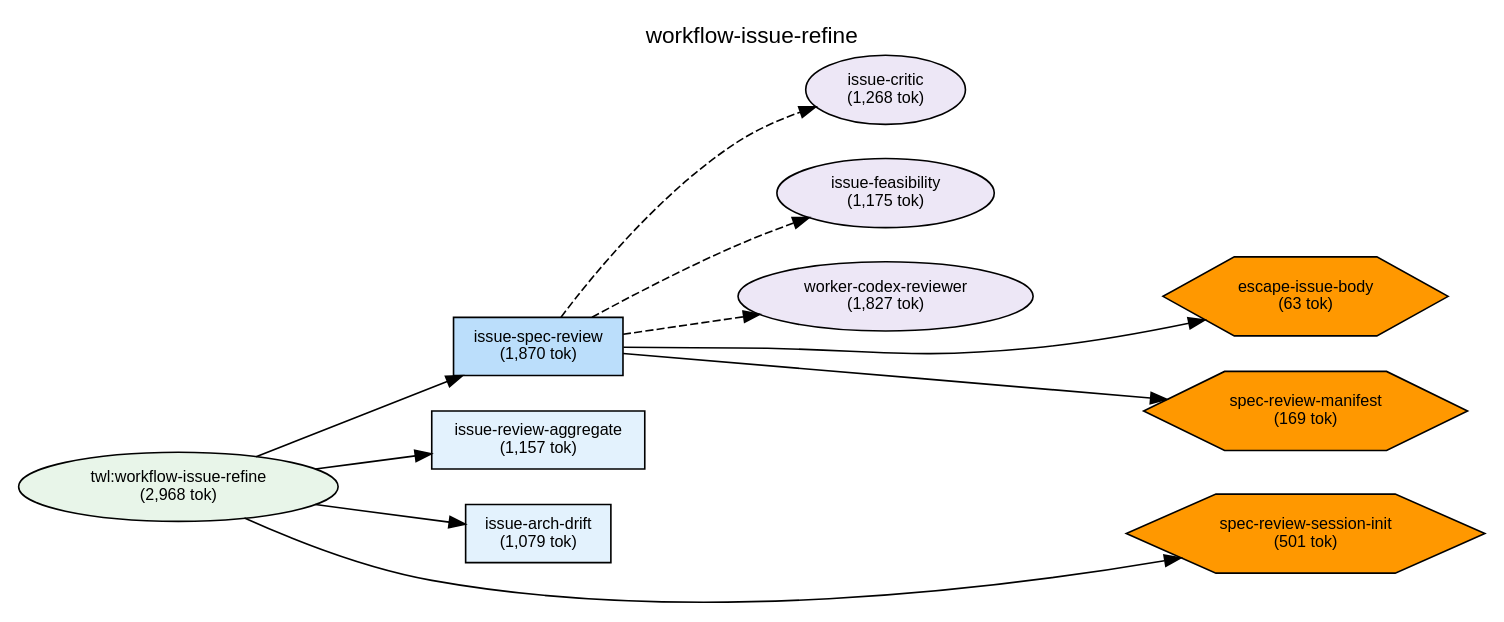
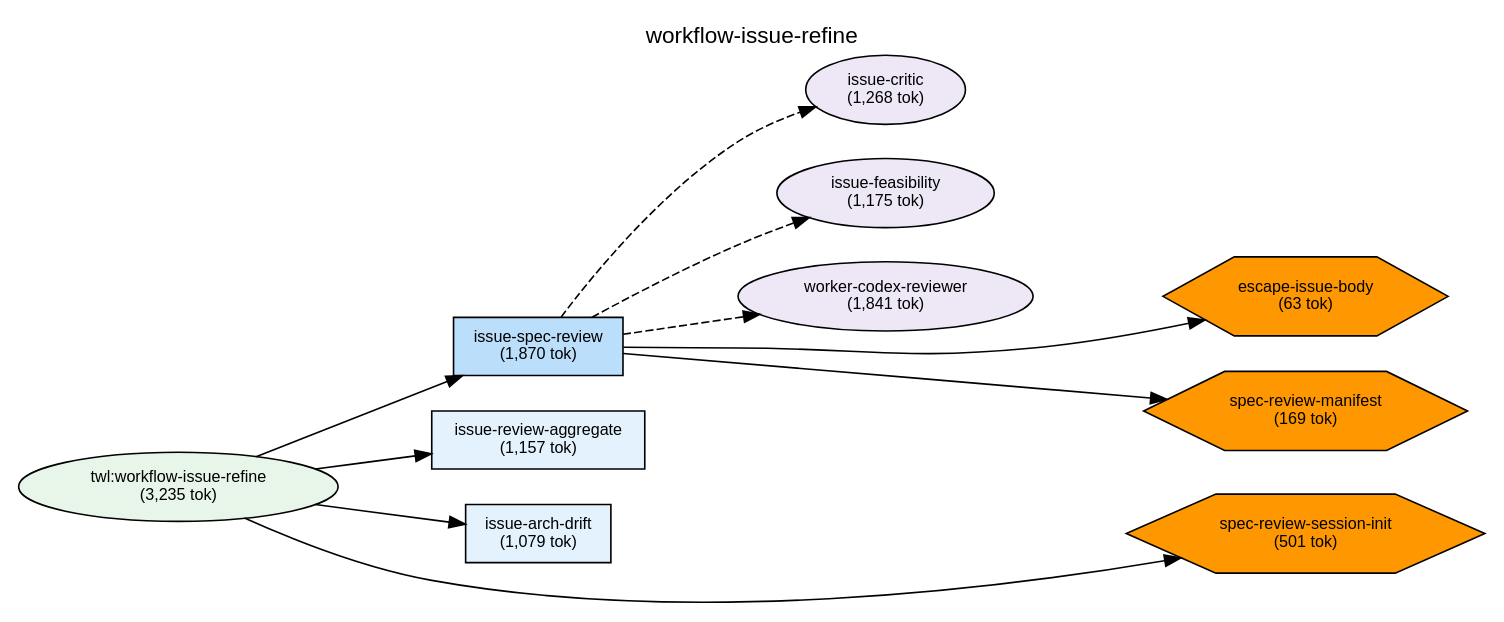
Before and after one commit to shuu5/twill: the diagram in plugins/twl/docs/deps-workflow-issue-refine.dot, drawn with Graphviz. The commit also changed 31 other files, not shown here.

First line of the commit message:
feat(#983): co-issue SKILL.md split — 5 refs 外出し + deps.yaml 更新

```diff
--- a/plugins/twl/docs/deps-workflow-issue-refine.dot
+++ b/plugins/twl/docs/deps-workflow-issue-refine.dot
@@ -1,69 +1,69 @@
 digraph Dependencies {
     // Graph settings
     rankdir=LR;
     ranksep=0.8;
     nodesep=0.3;
     fontname="Helvetica";
     node [fontname="Helvetica", fontsize=10];
     edge [fontname="Helvetica", fontsize=9];
     label="workflow-issue-refine";
     labelloc=t;
     fontsize=14;
 
     // L0: Controller Skills
 
     // L0: Launchers
 
     // L0.5: Workflow Skills
-    skill_workflow_issue_refine [label="twl:workflow-issue-refine\n(2,968 tok)", shape=ellipse, style=filled, fillcolor="#e8f5e9"];
+    skill_workflow_issue_refine [label="twl:workflow-issue-refine\n(3,235 tok)", shape=ellipse, style=filled, fillcolor="#e8f5e9"];
 
     // Reference Skills
 
     // L1: Direct Commands
     cmd_issue_spec_review [label="issue-spec-review\n(1,870 tok)", shape=box, style=filled, fillcolor="#bbdefb"];
     cmd_issue_review_aggregate [label="issue-review-aggregate\n(1,157 tok)", shape=box, style=filled, fillcolor="#e3f2fd"];
     cmd_issue_arch_drift [label="issue-arch-drift\n(1,079 tok)", shape=box, style=filled, fillcolor="#e3f2fd"];
 
     // L2: Sub Commands
 
     // L3: Agents
     agent_issue_critic [label="issue-critic\n(1,268 tok)", shape=ellipse, style=filled, fillcolor="#ede7f6"];
     agent_issue_feasibility [label="issue-feasibility\n(1,175 tok)", shape=ellipse, style=filled, fillcolor="#ede7f6"];
-    agent_worker_codex_reviewer [label="worker-codex-reviewer\n(1,827 tok)", shape=ellipse, style=filled, fillcolor="#ede7f6"];
+    agent_worker_codex_reviewer [label="worker-codex-reviewer\n(1,841 tok)", shape=ellipse, style=filled, fillcolor="#ede7f6"];
 
     // L3.5: Scripts
     script_escape_issue_body [label="escape-issue-body\n(63 tok)", shape=hexagon, style=filled, fillcolor="#FF9800"];
     script_spec_review_manifest [label="spec-review-manifest\n(169 tok)", shape=hexagon, style=filled, fillcolor="#FF9800"];
     script_spec_review_session_init [label="spec-review-session-init\n(501 tok)", shape=hexagon, style=filled, fillcolor="#FF9800"];
 
     // L4: External
 
     // Layer constraints
     { rank=same; skill_workflow_issue_refine; }
     { rank=same; cmd_issue_spec_review; cmd_issue_review_aggregate; cmd_issue_arch_drift; }
     { rank=same; agent_issue_critic; agent_issue_feasibility; agent_worker_codex_reviewer; }
     { rank=same; script_escape_issue_body; script_spec_review_manifest; script_spec_review_session_init; }
 
     // Edges
     skill_workflow_issue_refine -> cmd_issue_spec_review;
     skill_workflow_issue_refine -> cmd_issue_review_aggregate;
     skill_workflow_issue_refine -> cmd_issue_arch_drift;
     skill_workflow_issue_refine -> script_spec_review_session_init;
     cmd_issue_spec_review -> agent_issue_critic [style=dashed];
     cmd_issue_spec_review -> agent_issue_feasibility [style=dashed];
     cmd_issue_spec_review -> agent_worker_codex_reviewer [style=dashed];
     cmd_issue_spec_review -> script_escape_issue_body;
     cmd_issue_spec_review -> script_spec_review_manifest;
 
     // Ordering constraints (invisible edges)
     cmd_issue_spec_review -> cmd_issue_review_aggregate [style=invis, weight=10];
     cmd_issue_review_aggregate -> cmd_issue_arch_drift [style=invis, weight=10];
     cmd_issue_spec_review -> cmd_issue_review_aggregate [style=invis, weight=10];
     cmd_issue_review_aggregate -> cmd_issue_arch_drift [style=invis, weight=10];
     cmd_issue_arch_drift -> script_spec_review_session_init [style=invis, weight=10];
     agent_issue_critic -> agent_issue_feasibility [style=invis, weight=10];
     agent_issue_feasibility -> agent_worker_codex_reviewer [style=invis, weight=10];
     agent_worker_codex_reviewer -> script_escape_issue_body [style=invis, weight=10];
     script_escape_issue_body -> script_spec_review_manifest [style=invis, weight=10];
 
 }
```
